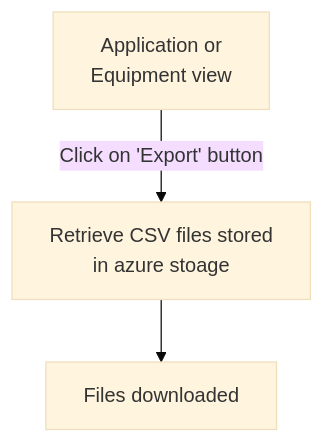
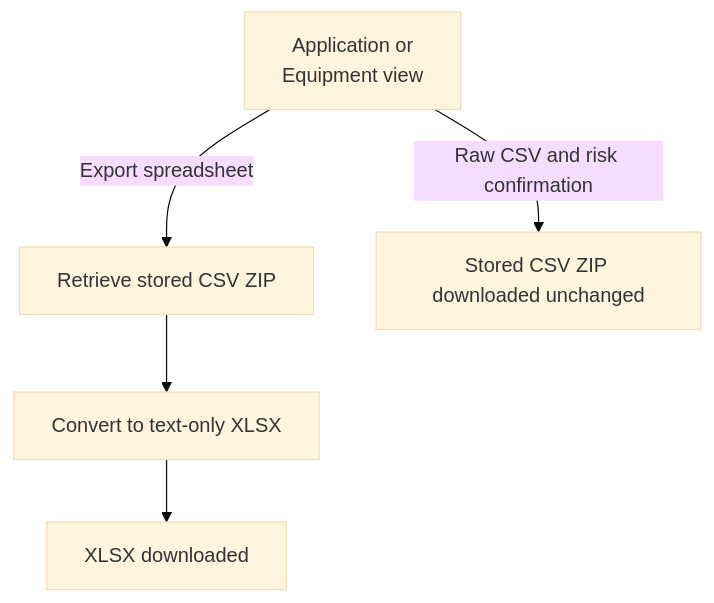
The first of 2 diagrams in services/documentation/content/2-functional-documentation/use_cases/uc_inventory/uc7_export_files.md (teamg4it/g4it), drawn with Mermaid (base theme) before and after one commit. The commit also changed other lines of this file and 22 other files, not shown here.

```diff
--- a/services/documentation/content/2-functional-documentation/use_cases/uc_inventory/uc7_export_files.md
+++ b/services/documentation/content/2-functional-documentation/use_cases/uc_inventory/uc7_export_files.md
@@ -84,6 +115,8 @@
 {{< mermaid align="center">}}
 graph TD;
-Step1[Application or <br>Equipment view] -->|Click on 'Export' button| Step2
-Step2[Retrieve  CSV files stored<br> in azure stoage] --> Step3[Files downloaded]
+Step1[Application or <br>Equipment view] -->|Export spreadsheet| Step2[Retrieve stored CSV ZIP]
+Step2 --> Step3[Convert to text-only XLSX]
+Step3 --> Step4[XLSX downloaded]
+Step1 -->|Raw CSV and risk confirmation| Step5[Stored CSV ZIP downloaded unchanged]
 
 {{</ mermaid >}}
```
